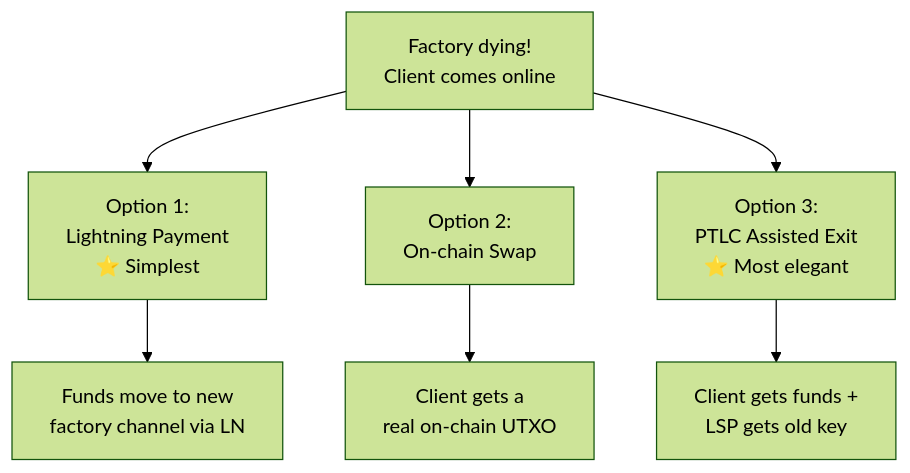
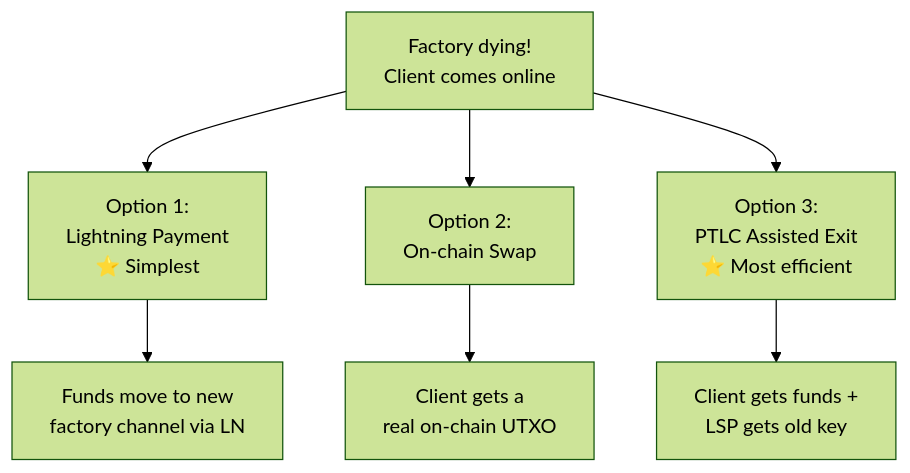
One commit to 8144225309/superscalar-docs changed the second of 5 diagrams in how-it-works/client-migration.md. Above: the diagram before and after it, drawn with Mermaid (forest theme). The commit also changed other lines of this file and 9 other files, not shown here.

First line of the commit message:
Fix cohesion issues: timeline ordering, eltoo attribution, script size, tone, diagram accuracy

````diff
--- a/how-it-works/client-migration.md
+++ b/how-it-works/client-migration.md
@@ -21,11 +21,11 @@
 ```mermaid
 flowchart TD
     S["Factory dying!<br/>Client comes online"]
     S --> O1["Option 1:<br/>Lightning Payment<br/>⭐ Simplest"]
     S --> O2["Option 2:<br/>On-chain Swap"]
-    S --> O3["Option 3:<br/>PTLC Assisted Exit<br/>⭐ Most elegant"]
+    S --> O3["Option 3:<br/>PTLC Assisted Exit<br/>⭐ Most efficient"]
 
     O1 --> R1["Funds move to new<br/>factory channel via LN"]
     O2 --> R2["Client gets a<br/>real on-chain UTXO"]
     O3 --> R3["Client gets funds +<br/>LSP gets old key"]
 ```
````
